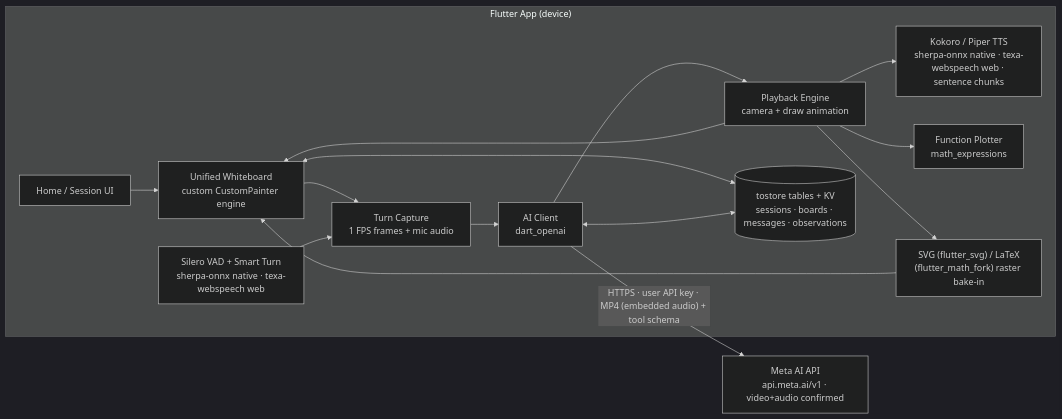
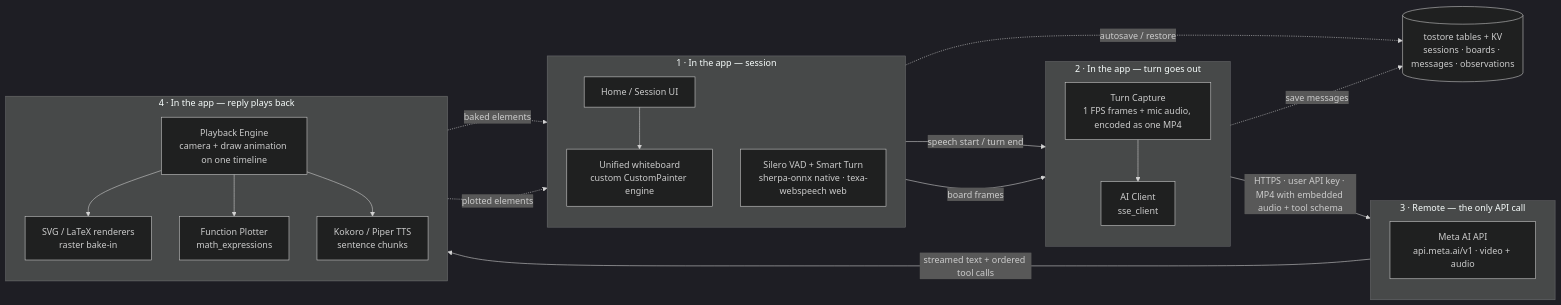
Before and after one commit to sitatec/texa: the first of 2 diagrams in docs/TECH_SPECS.md, drawn with Mermaid (dark theme). The commit also changed other lines of this file and 1 other file, not shown here.

Commit message:
Fix and improve mermaid diagrams in README.md and docs/TECH_SPECHS.md

````diff
--- a/docs/TECH_SPECS.md
+++ b/docs/TECH_SPECS.md
@@ -22,28 +22,44 @@
 ```mermaid
 flowchart LR
-  subgraph Device["Flutter App (device)"]
+  subgraph S1["1 · In the app — session"]
+    direction TB
     UI["Home / Session UI"]
-    Board["Unified Whiteboard<br/>custom CustomPainter engine"]
-    Capture["Turn Capture<br/>1 FPS frames + mic audio"]
+    Board["Unified whiteboard<br/>custom CustomPainter engine"]
     VAD["Silero VAD + Smart Turn<br/>sherpa-onnx native · texa-webspeech web"]
-    Playback["Playback Engine<br/>camera + draw animation"]
-    TTS["Kokoro / Piper TTS<br/>sherpa-onnx native · texa-webspeech web · sentence chunks"]
+    UI --> Board
+  end
+
+  subgraph S2["2 · In the app — turn goes out"]
+    direction TB
+    Capture["Turn Capture<br/>1 FPS frames + mic audio, encoded as one MP4"]
+    Client["AI Client<br/>sse_client"]
+    Capture --> Client
+  end
+
+  subgraph S3["3 · Remote — the only API call"]
+    direction TB
+    API["Meta AI API<br/>api.meta.ai/v1 · video + audio"]
+  end
+
+  subgraph S4["4 · In the app — reply plays back"]
+    direction TB
+    Playback["Playback Engine<br/>camera + draw animation on one timeline"]
+    Render["SVG / LaTeX renderers<br/>raster bake-in"]
     Plot["Function Plotter<br/>math_expressions"]
-    Render["SVG (flutter_svg) / LaTeX<br/>(flutter_math_fork) raster bake-in"]
-    DB[("tostore tables + KV<br/>sessions · boards · messages · observations")]
-    Client["AI Client<br/>dart_openai"]
-    UI --> Board
-    Board --> Capture
-    VAD --> Capture
-    Capture --> Client
-    Client --> Playback
-    Playback --> Board
+    TTS["Kokoro / Piper TTS<br/>sentence chunks"]
+    Playback --> Render
+    Playback --> Plot
     Playback --> TTS
-    Playback --> Plot
-    Playback --> Render
-    Render --> Board
-    Board <--> DB
-    Client <--> DB
   end
-  Client -- "HTTPS · user API key · MP4 (embedded audio) + tool schema" --> API["Meta AI API<br/>api.meta.ai/v1 · video+audio confirmed"]
+
+  DB[("tostore tables + KV<br/>sessions · boards · messages · observations")]
+
+  VAD -->|"speech start / turn end"| Capture
+  Board -->|"board frames"| Capture
+  Client -->|"HTTPS · user API key · MP4 with embedded audio + tool schema"| API
+  API -->|"streamed text + ordered tool calls"| Playback
+  Render -.->|"baked elements"| Board
+  Plot -.->|"plotted elements"| Board
+  Board -.->|"autosave / restore"| DB
+  Client -.->|"save messages"| DB
 ```
````
